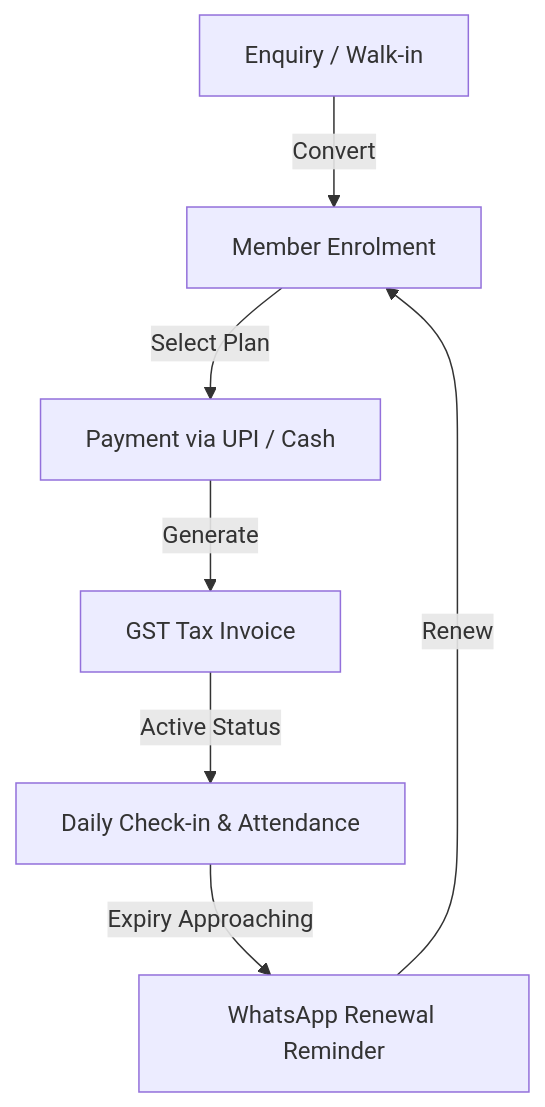
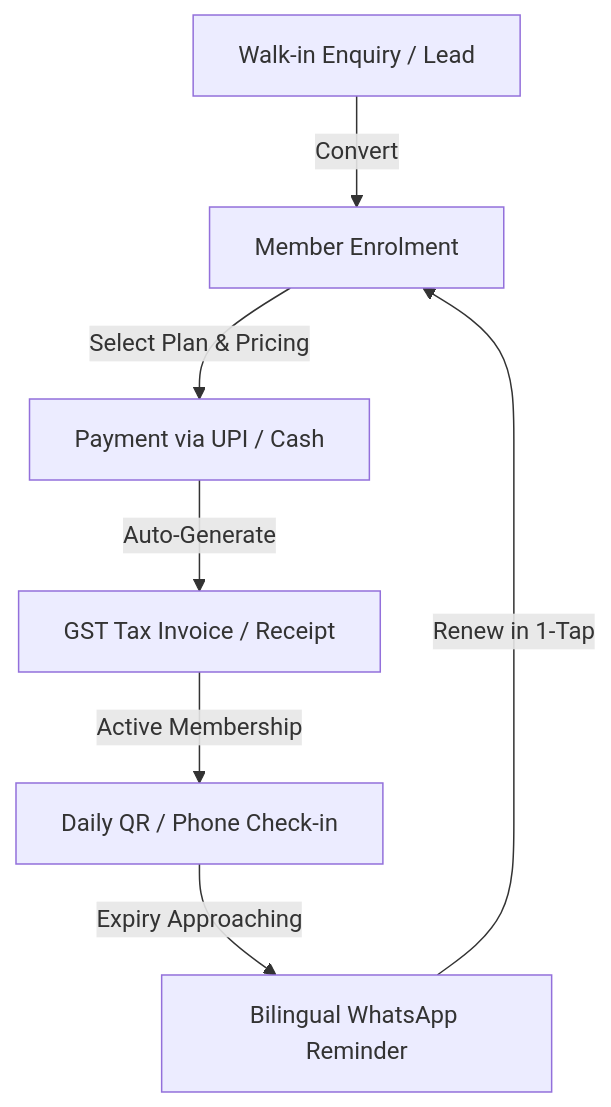
The first of 2 diagrams in README.md (bhaktaji/gym-management), drawn with Mermaid before and after one commit. The commit also changed other lines of this file, not shown here.

Commit message:
docs: overhaul README with rich professional formatting, badges, architecture diagrams, and investor overview

````diff
--- a/README.md
+++ b/README.md
@@ -35,9 +53,9 @@
 ```mermaid
 graph TD
-    A[Enquiry / Walk-in] -->|Convert| B[Member Enrolment]
-    B -->|Select Plan| C[Payment via UPI / Cash]
-    C -->|Generate| D[GST Tax Invoice]
-    D -->|Active Status| E[Daily Check-in & Attendance]
-    E -->|Expiry Approaching| F[WhatsApp Renewal Reminder]
-    F -->|Renew| B
+    A[Walk-in Enquiry / Lead] -->|Convert| B[Member Enrolment]
+    B -->|Select Plan & Pricing| C[Payment via UPI / Cash]
+    C -->|Auto-Generate| D[GST Tax Invoice / Receipt]
+    D -->|Active Membership| E[Daily QR / Phone Check-in]
+    E -->|Expiry Approaching| F[Bilingual WhatsApp Reminder]
+    F -->|Renew in 1-Tap| B
 ```
````
